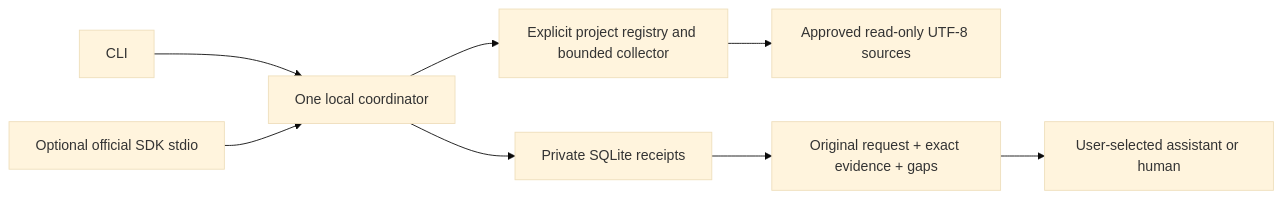
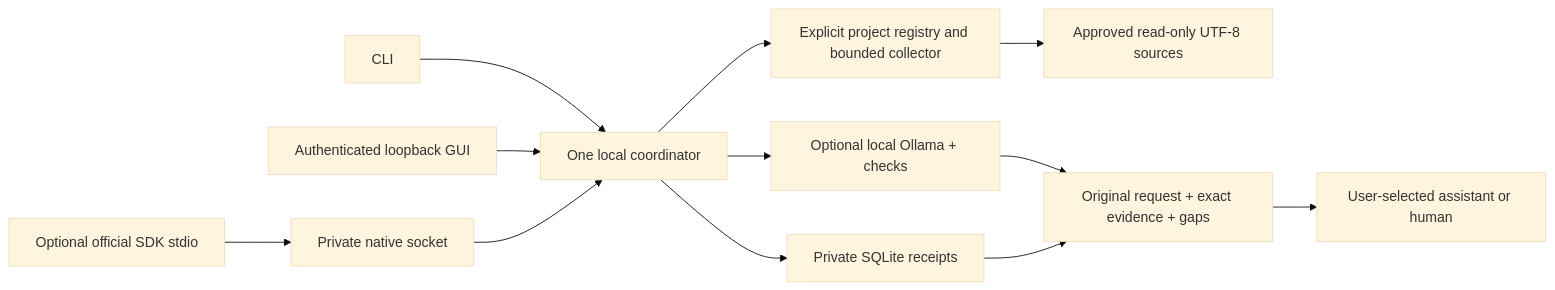
Before and after one commit to bartytime4life/Shake-Bake-LLM: the diagram in docs/architecture.md, drawn with Mermaid (base theme). The commit also changed other lines of this file and 44 other files, not shown here.

Commit message:
Add standalone Ollama routing and local evidence workbench

````diff
--- a/docs/architecture.md
+++ b/docs/architecture.md
@@ -5,10 +5,14 @@
 ```mermaid
 flowchart LR
     CLI[CLI] --> Engine[One local coordinator]
-    MCP[Optional official SDK stdio] --> Engine
+    MCP[Optional official SDK stdio] --> IPC[Private native socket]
+    GUI[Authenticated loopback GUI] --> Engine
+    IPC --> Engine
     Engine --> Policy[Explicit project registry and bounded collector]
     Policy --> Source[Approved read-only UTF-8 sources]
     Engine --> Store[Private SQLite receipts]
+    Engine --> Router[Optional local Ollama + checks]
+    Router --> Packet
     Store --> Packet[Original request + exact evidence + gaps]
     Packet --> Reviewer[User-selected assistant or human]
 ```
````
